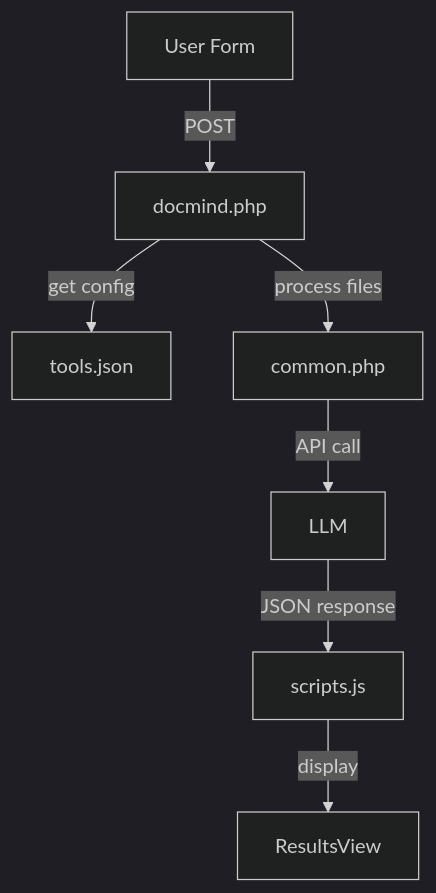
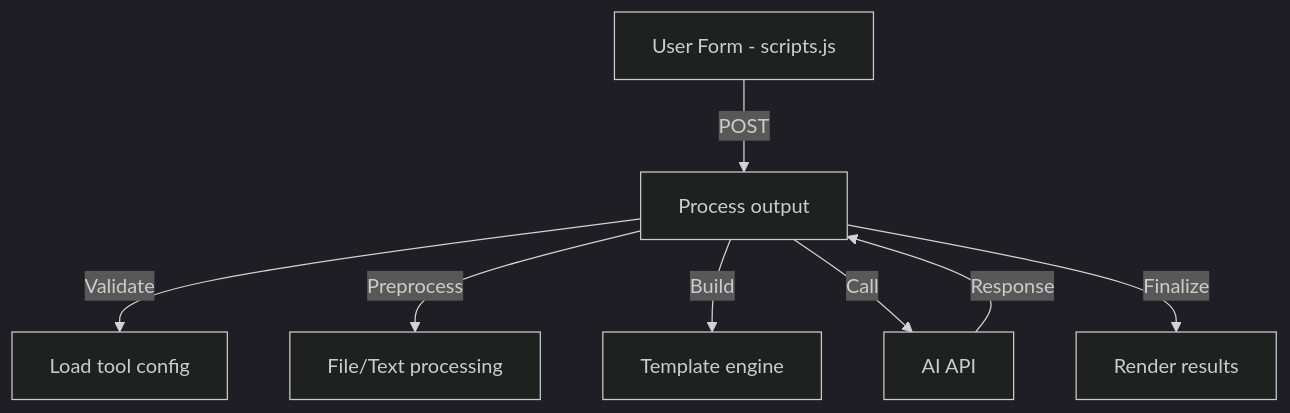
The first of 6 diagrams in AGENTS.md (cstroie/DocMindAI), drawn with Mermaid (dark theme) before and after one commit. The commit also changed other lines of this file, not shown here.

Commit message:
docs: update AGENTS.md with current architecture and workflows

````diff
--- a/AGENTS.md
+++ b/AGENTS.md
@@ -31,9 +34,10 @@
 ```mermaid
 graph TD
-    UI[User Form] -->|POST| docmind.php
-    docmind.php -->|get config| tools.json
-    docmind.php -->|process files| common.php
-    common.php -->|API call| LLM
-    LLM -->|JSON response| scripts.js
-    scripts.js -->|display| ResultsView
+    UI[User Form - scripts.js] -->|POST| docmind.php
+    docmind.php -->|Validate| tools.json[Load tool config]
+    docmind.php -->|Preprocess| common.php[File/Text processing]
+    docmind.php -->|Build| Prompts[Template engine]
+    docmind.php -->|Call| LLM[AI API]
+    LLM -->|Response| docmind.php[Process output]
+    docmind.php -->|Finalize| scripts.js[Render results]
 ```
````
